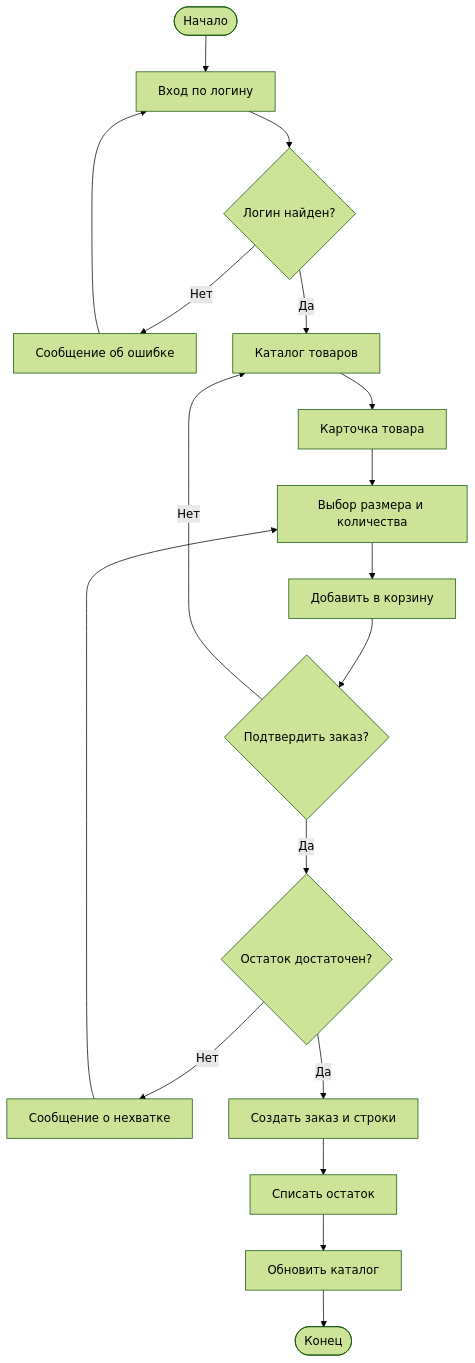
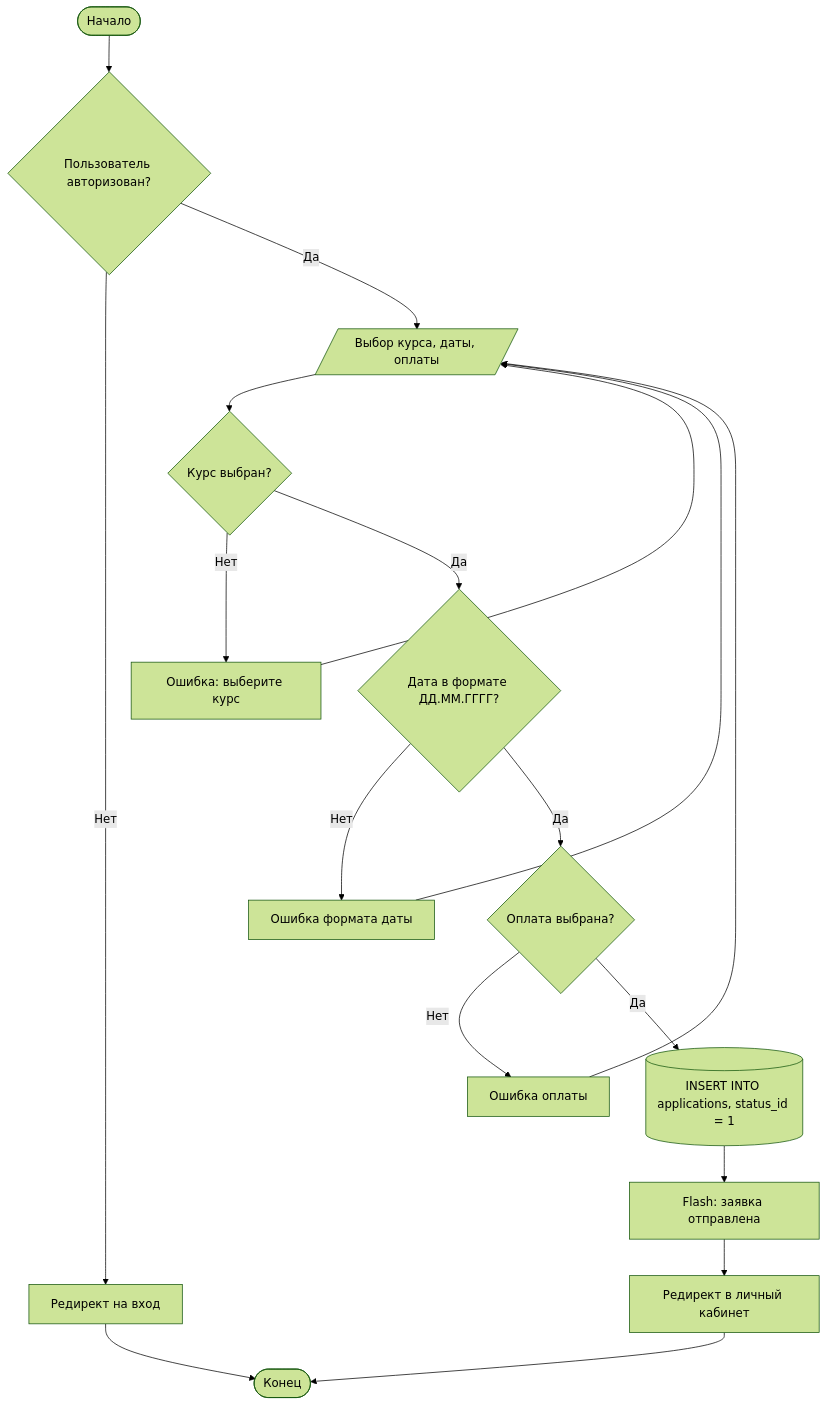
The second of 3 diagrams in materials/Блок-схема.md (TR-Artem/demo-examen), drawn with Mermaid (forest theme) before and after one commit. The commit also changed other lines of this file and 112 other files, not shown here.

````diff
--- a/materials/Блок-схема.md
+++ b/materials/Блок-схема.md
@@ -8,18 +25,16 @@
 ```mermaid
 flowchart TD
-    A([Начало]) --> B[Вход по логину]
-    B --> C{Логин найден?}
-    C -- Нет --> D[Сообщение об ошибке] --> B
-    C -- Да --> E[Каталог товаров]
-    E --> F[Карточка товара]
-    F --> G[Выбор размера и количества]
-    G --> H[Добавить в корзину]
-    H --> I{Подтвердить заказ?}
-    I -- Нет --> E
-    I -- Да --> J{Остаток достаточен?}
-    J -- Нет --> K[Сообщение о нехватке] --> G
-    J -- Да --> L[Создать заказ и строки]
-    L --> M[Списать остаток]
-    M --> N[Обновить каталог]
-    N --> O([Конец])
+    A([Начало]) --> B{Пользователь авторизован?}
+    B -- Нет --> C[Редирект на вход] --> Z([Конец])
+    B -- Да --> D[/Выбор курса, даты, оплаты/]
+    D --> E{Курс выбран?}
+    E -- Нет --> F[Ошибка: выберите курс] --> D
+    E -- Да --> G{Дата в формате ДД.ММ.ГГГГ?}
+    G -- Нет --> H[Ошибка формата даты] --> D
+    G -- Да --> I{Оплата выбрана?}
+    I -- Нет --> J[Ошибка оплаты] --> D
+    I -- Да --> K[(INSERT INTO applications, status_id = 1)]
+    K --> L[Flash: заявка отправлена]
+    L --> M[Редирект в личный кабинет]
+    M --> Z
 ```
````
